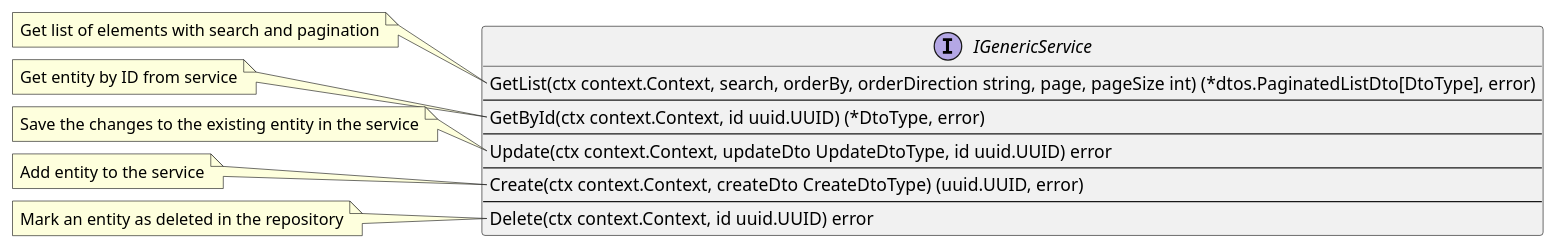
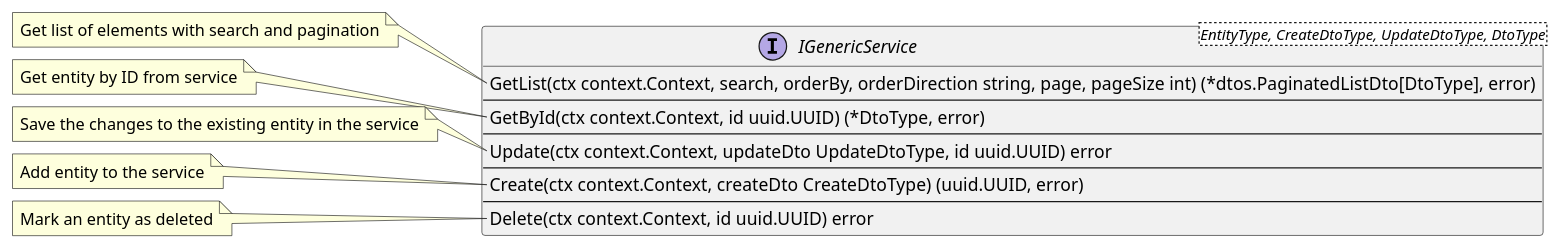
The diagram in docs/plantuml/interfaces/generic/IGenericService.puml (lf-edge/rol), drawn with PlantUML before and after one commit. The commit also changed 10 other files, not shown here.

Commit message:
docs: puml: sync schemas with Generics updates

```diff
--- a/docs/plantuml/interfaces/generic/IGenericService.puml
+++ b/docs/plantuml/interfaces/generic/IGenericService.puml
@@ -1,29 +1,29 @@
 @startuml IGenericService
-interface IGenericService {
+interface IGenericService<EntityType, CreateDtoType, UpdateDtoType, DtoType> {
     GetList(ctx context.Context, search, orderBy, orderDirection string, page, pageSize int) (*dtos.PaginatedListDto[DtoType], error)
     --
     GetById(ctx context.Context, id uuid.UUID) (*DtoType, error)
     --
     Update(ctx context.Context, updateDto UpdateDtoType, id uuid.UUID) error
     --
     Create(ctx context.Context, createDto CreateDtoType) (uuid.UUID, error)
     --
     Delete(ctx context.Context, id uuid.UUID) error
 }
 note left of IGenericService::GetList
     Get list of elements with search and pagination
 end note
 note left of IGenericService::GetById
     Get entity by ID from service
 end note
 note left of IGenericService::Update
     Save the changes to the existing entity in the service
 end note
 note left of IGenericService::Create
     Add entity to the service
 end note
 note left of IGenericService::Delete
-    Mark an entity as deleted in the repository
+    Mark an entity as deleted
 end note
 
 @enduml
```
